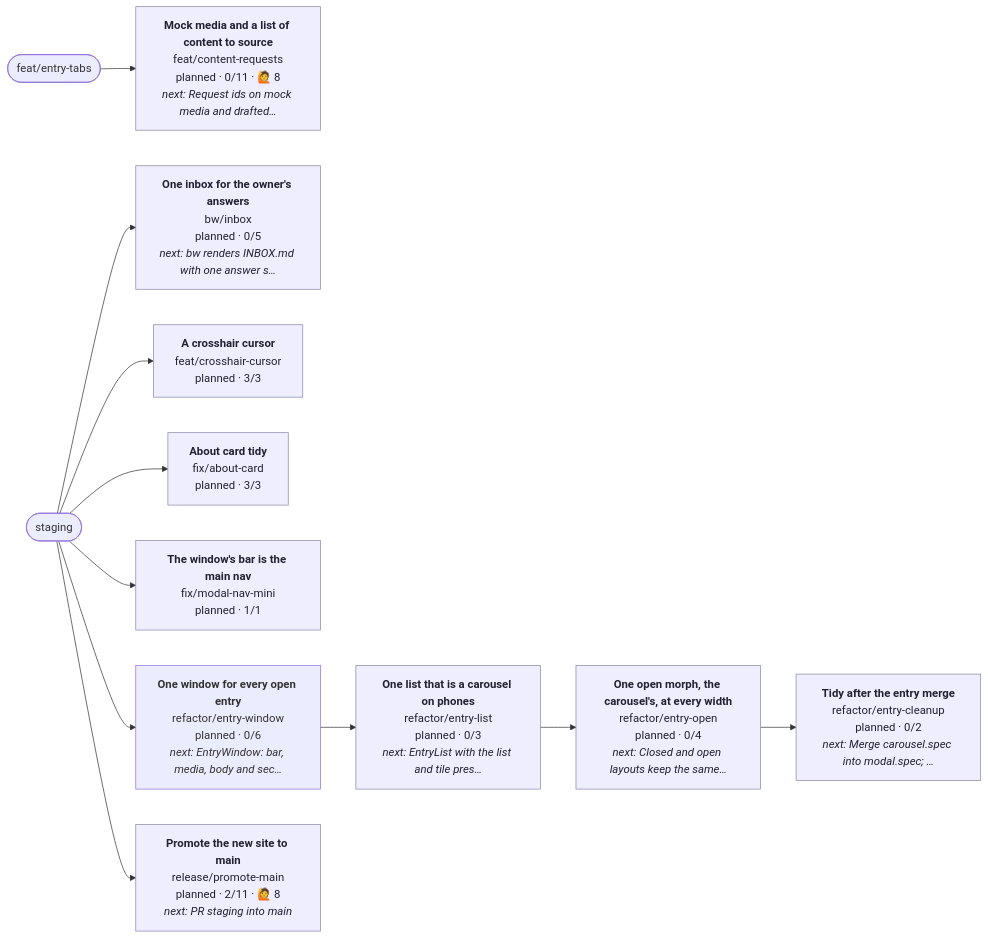
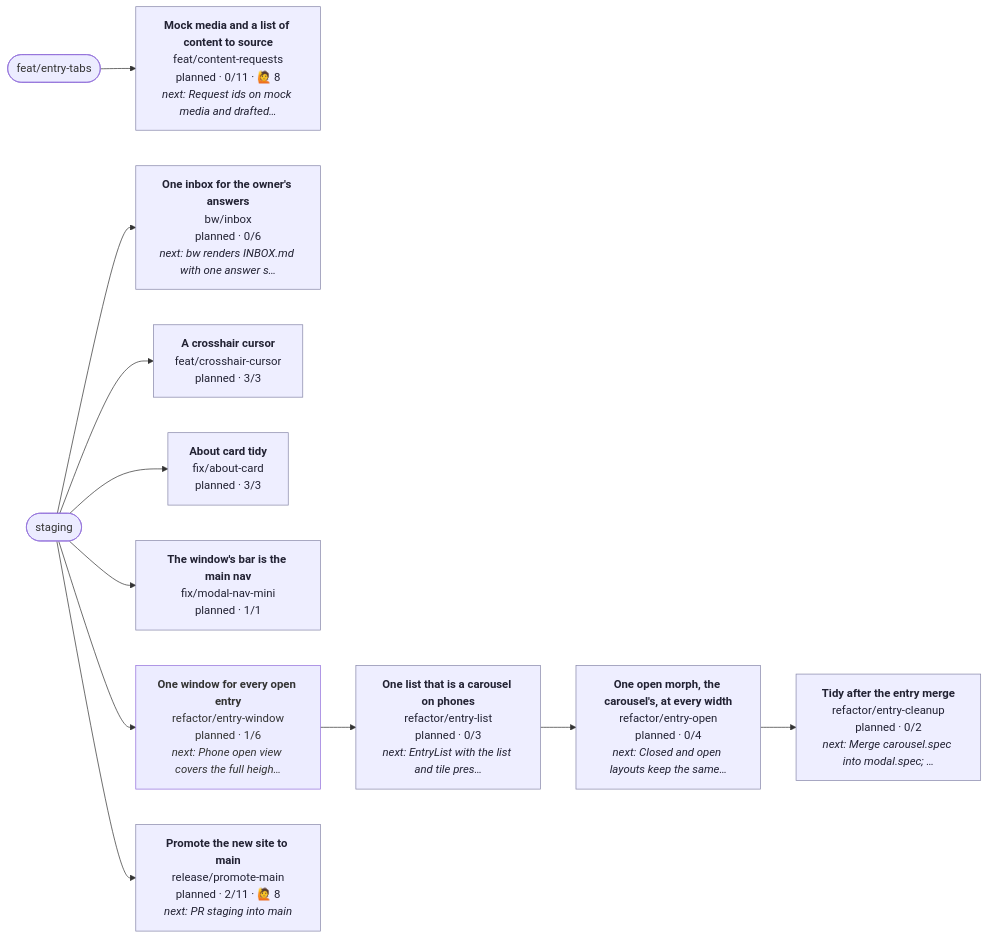
Before and after one commit to henryjonescodes/portfolio: the diagram in CONTRIBUTING.md, drawn with Mermaid. The commit also changed other lines of this file, not shown here.

````diff
--- a/CONTRIBUTING.md
+++ b/CONTRIBUTING.md
@@ -17,40 +17,40 @@
 ```mermaid
 flowchart LR
   n_staging([staging])
   n_feat_entry_tabs([feat/entry-tabs])
-  n_bw_inbox["<b>One inbox for the owner's answers</b><br/>bw/inbox<br/>planned · 0/5<br/><i>next: bw renders INBOX.md with one answer s…</i>"]
+  n_bw_inbox["<b>One inbox for the owner's answers</b><br/>bw/inbox<br/>planned · 0/6<br/><i>next: bw renders INBOX.md with one answer s…</i>"]
   class n_bw_inbox planned
   n_staging --> n_bw_inbox
   n_feat_content_requests["<b>Mock media and a list of content to source</b><br/>feat/content-requests<br/>planned · 0/11 · 🙋 8<br/><i>next: Request ids on mock media and drafted…</i>"]
   class n_feat_content_requests planned
   n_feat_entry_tabs --> n_feat_content_requests
   n_feat_crosshair_cursor["<b>A crosshair cursor</b><br/>feat/crosshair-cursor<br/>planned · 3/3"]
   class n_feat_crosshair_cursor planned
   n_staging --> n_feat_crosshair_cursor
   n_fix_about_card["<b>About card tidy</b><br/>fix/about-card<br/>planned · 3/3"]
   class n_fix_about_card planned
   n_staging --> n_fix_about_card
   n_fix_modal_nav_mini["<b>The window's bar is the main nav</b><br/>fix/modal-nav-mini<br/>planned · 1/1"]
   class n_fix_modal_nav_mini planned
   n_staging --> n_fix_modal_nav_mini
   n_refactor_entry_cleanup["<b>Tidy after the entry merge</b><br/>refactor/entry-cleanup<br/>planned · 0/2<br/><i>next: Merge carousel.spec into modal.spec; …</i>"]
   class n_refactor_entry_cleanup planned
   n_refactor_entry_open --> n_refactor_entry_cleanup
   n_refactor_entry_list["<b>One list that is a carousel on phones</b><br/>refactor/entry-list<br/>planned · 0/3<br/><i>next: EntryList with the list and tile pres…</i>"]
   class n_refactor_entry_list planned
   n_refactor_entry_window --> n_refactor_entry_list
   n_refactor_entry_open["<b>One open morph, the carousel's, at every width</b><br/>refactor/entry-open<br/>planned · 0/4<br/><i>next: Closed and open layouts keep the same…</i>"]
   class n_refactor_entry_open planned
   n_refactor_entry_list --> n_refactor_entry_open
-  n_refactor_entry_window["<b>One window for every open entry</b><br/>refactor/entry-window<br/>planned · 0/6<br/><i>next: EntryWindow: bar, media, body and sec…</i>"]
+  n_refactor_entry_window["<b>One window for every open entry</b><br/>refactor/entry-window<br/>planned · 1/6<br/><i>next: Phone open view covers the full heigh…</i>"]
   class n_refactor_entry_window planned,current
   n_staging --> n_refactor_entry_window
   n_release_promote_main["<b>Promote the new site to main</b><br/>release/promote-main<br/>planned · 2/11 · 🙋 8<br/><i>next: PR staging into main</i>"]
   class n_release_promote_main planned
   n_staging --> n_release_promote_main
   classDef planned fill:#eef,stroke:#88a,color:#223
   classDef active fill:#dfd,stroke:#3a3,stroke-width:3px,color:#132
   classDef blocked fill:#fdd,stroke:#c33,color:#311
   classDef review fill:#ffd,stroke:#cc3,color:#331
   classDef current stroke:#06c,stroke-width:4px
 ```
````
